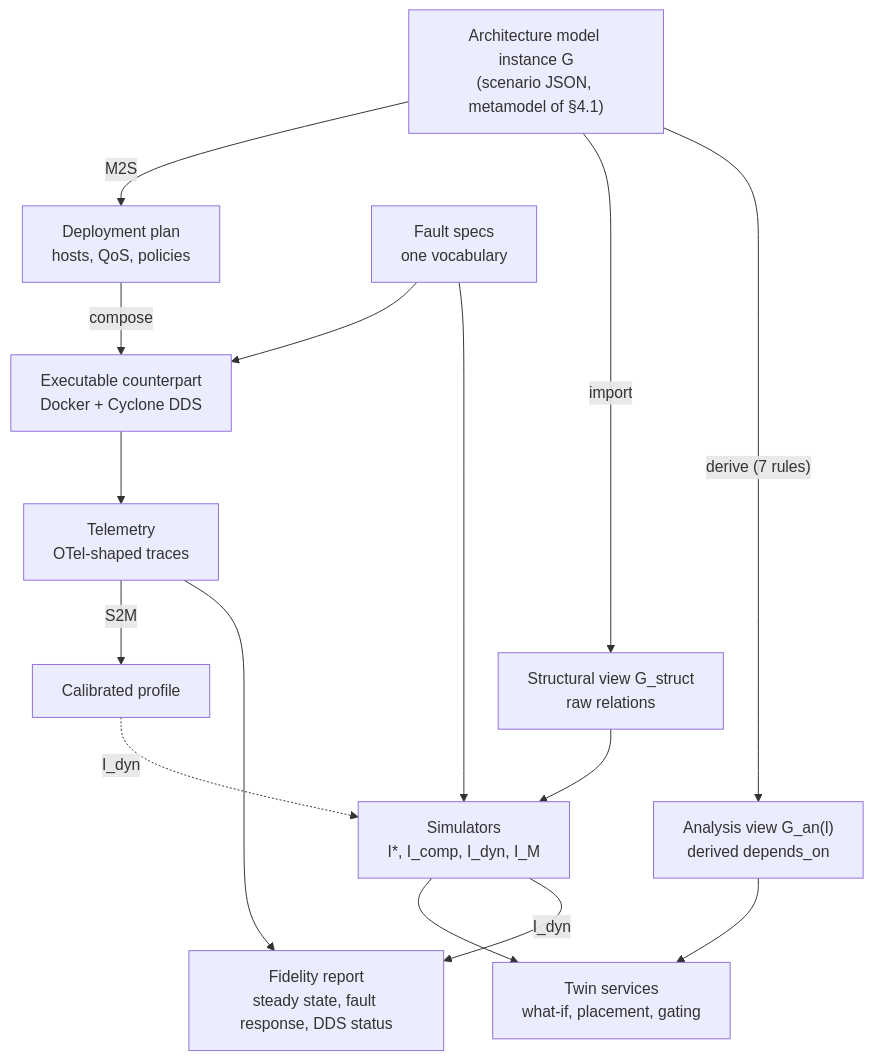
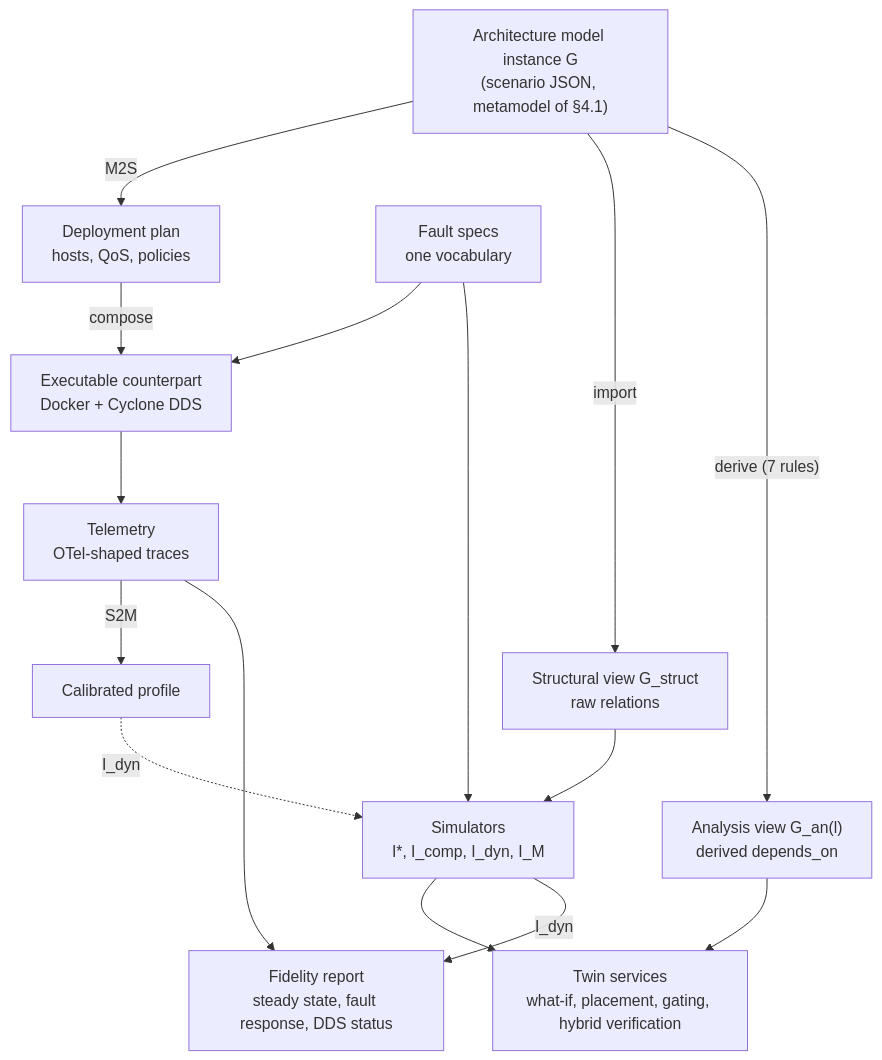
One commit to onuralpyigit/software-as-a-graph changed the first of 2 diagrams in docs/research/edt-sosym/draft.md. Above: the diagram before and after it, drawn with Mermaid. The commit also changed other lines of this file and 12 other files, not shown here.

First line of the commit message:
Enhance architectural digital twin manuscript with hybrid verification and fidelity assessment updates

````diff
--- a/docs/research/edt-sosym/draft.md
+++ b/docs/research/edt-sosym/draft.md
@@ -157,29 +157,29 @@
 ```mermaid
 flowchart TD
     M["Architecture model instance G<br/>(scenario JSON, metamodel of §4.1)"]
     PLAN["Deployment plan<br/>hosts, QoS, policies"]
     FAULTS["Fault specs<br/>one vocabulary"]
     GS["Structural view G_struct<br/>raw relations"]
     GA["Analysis view G_an(l)<br/>derived depends_on"]
     TB["Executable counterpart<br/>Docker + Cyclone DDS"]
     CAL["Calibrated profile"]
     SIM["Simulators<br/>I*, I_comp, I_dyn, I_M"]
-    SVC["Twin services<br/>what-if, placement, gating"]
+    SVC["Twin services<br/>what-if, placement, gating, hybrid verification"]
     TEL["Telemetry<br/>OTel-shaped traces"]
     FID["Fidelity report<br/>steady state, fault response, DDS status"]
 
     M -->|M2S| PLAN
     M -->|import| GS
     M -->|"derive (7 rules)"| GA
     PLAN -->|compose| TB
     FAULTS --> TB
     FAULTS --> SIM
     GS --> SIM
     GA --> SVC
     SIM --> SVC
     TB --> TEL
     TEL -->|S2M| CAL
     CAL -.->|I_dyn| SIM
     TEL --> FID
     SIM -->|I_dyn| FID
 ```
````
